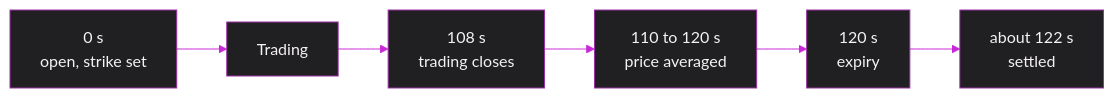
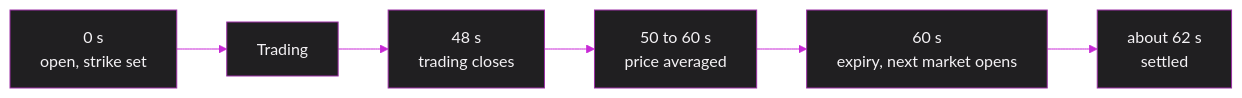
Before and after one commit to oynozan/phinary: the diagram in docs/content/concepts/binary-markets.mdx, drawn with Mermaid. The commit also changed other lines of this file and 30 other files, not shown here.

First line of the commit message:
docs: four market tracks, the gatekeeper, the SOL price source and the vault move

````diff
--- a/docs/content/concepts/binary-markets.mdx
+++ b/docs/content/concepts/binary-markets.mdx
@@ -32,9 +34,9 @@
 ```mermaid
 %%{init: {"theme": "base", "themeVariables": {"background": "#191919", "primaryColor": "#201f21", "primaryTextColor": "#f4f2f5", "primaryBorderColor": "#9c30a5", "lineColor": "#c828d6", "textColor": "#f4f2f5", "edgeLabelBackground": "#191919"}}}%%
 flowchart LR
     O["0 s<br/>open, strike set"] --> T["Trading"]
-    T --> C["108 s<br/>trading closes"]
-    C --> W["110 to 120 s<br/>price averaged"]
-    W --> E["120 s<br/>expiry"]
-    E --> S["about 122 s<br/>settled"]
+    T --> C["48 s<br/>trading closes"]
+    C --> W["50 to 60 s<br/>price averaged"]
+    W --> E["60 s<br/>expiry, next market opens"]
+    E --> S["about 62 s<br/>settled"]
 ```
````
